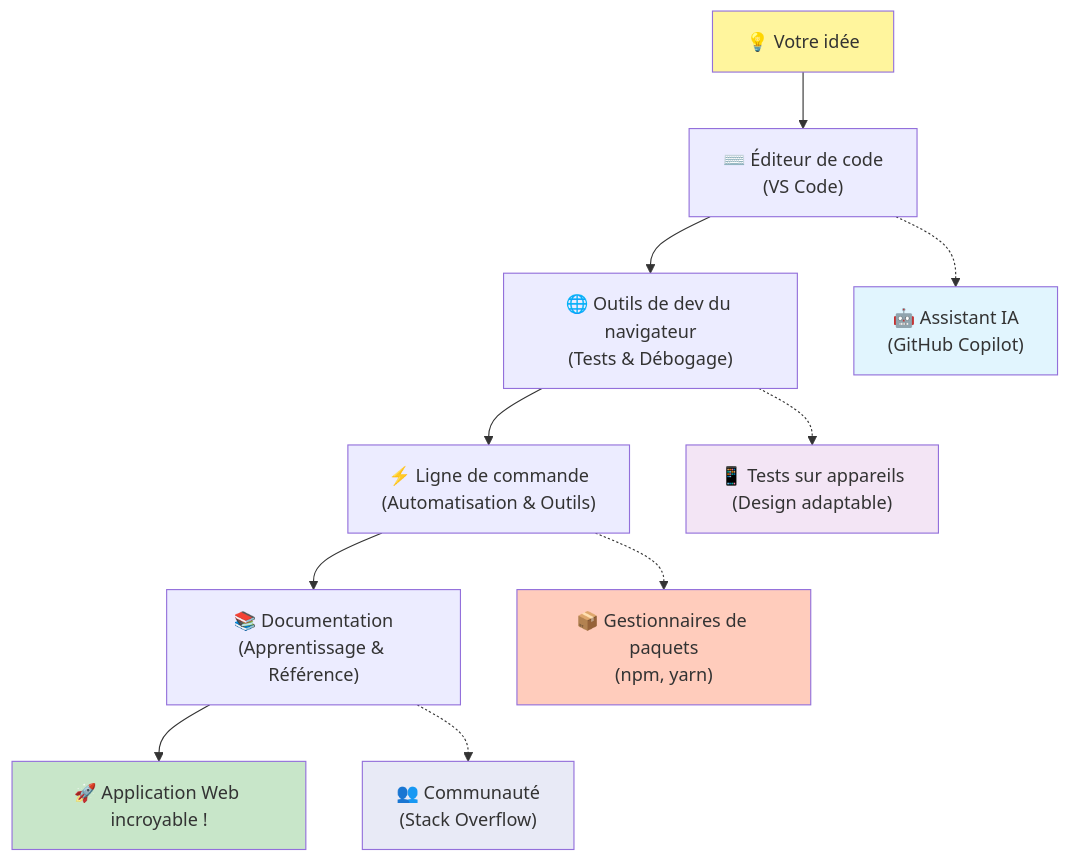
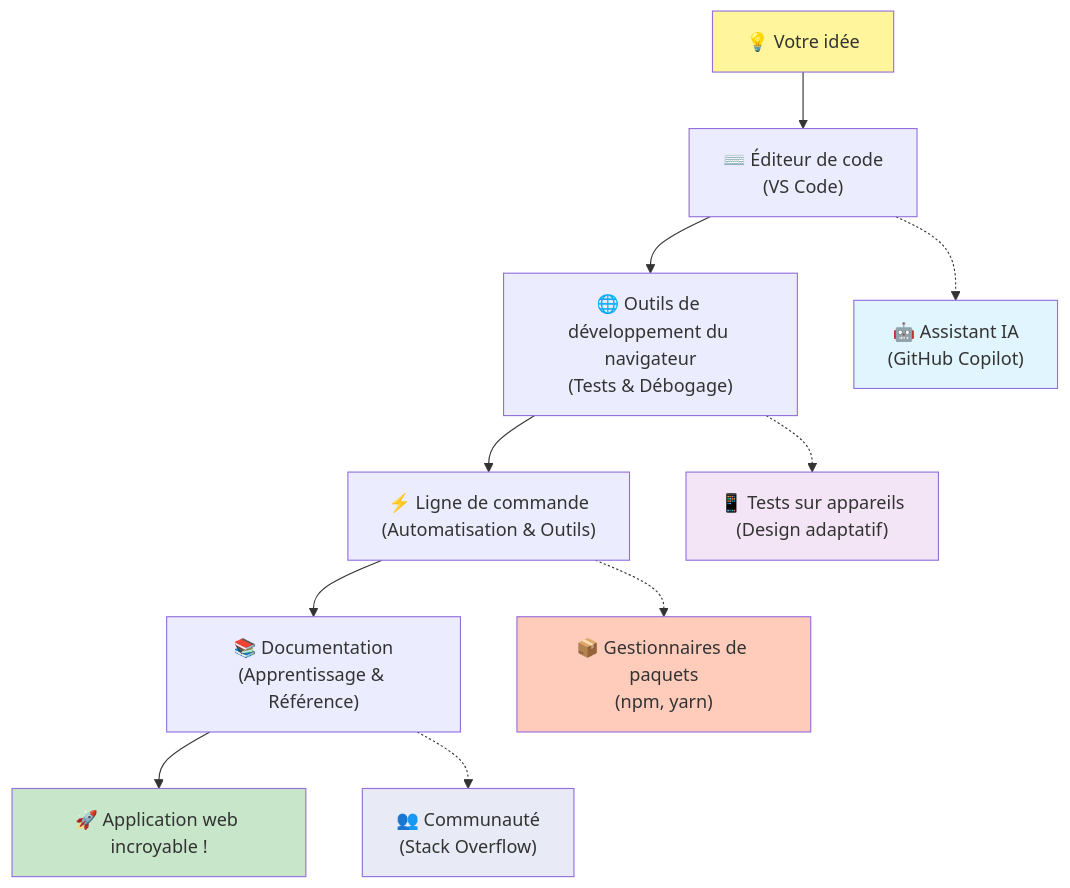
One commit to microsoft/Web-Dev-For-Beginners changed the fifth of 7 diagrams in translations/fr/1-getting-started-lessons/1-intro-to-programming-languages/README.md. Above: the diagram before and after it, drawn with Mermaid. The commit also changed other lines of this file and 8 other files, not shown here.

````diff
--- a/translations/fr/1-getting-started-lessons/1-intro-to-programming-languages/README.md
+++ b/translations/fr/1-getting-started-lessons/1-intro-to-programming-languages/README.md
@@ -486,20 +488,20 @@
 ```mermaid
 graph TD
     A["💡 Votre idée"] --> B["⌨️ Éditeur de code<br/>(VS Code)"] 
-    B --> C["🌐 Outils de dev du navigateur<br/>(Tests & Débogage)"]
+    B --> C["🌐 Outils de développement du navigateur<br/>(Tests & Débogage)"]
     C --> D["⚡ Ligne de commande<br/>(Automatisation & Outils)"]
     D --> E["📚 Documentation<br/>(Apprentissage & Référence)"]
-    E --> F["🚀 Application Web incroyable !"]
+    E --> F["🚀 Application web incroyable !"]
     
     B -.-> G["🤖 Assistant IA<br/>(GitHub Copilot)"]
-    C -.-> H["📱 Tests sur appareils<br/>(Design adaptable)"]
+    C -.-> H["📱 Tests sur appareils<br/>(Design adaptatif)"]
     D -.-> I["📦 Gestionnaires de paquets<br/>(npm, yarn)"]
     E -.-> J["👥 Communauté<br/>(Stack Overflow)"]
     
     style A fill:#fff59d
     style F fill:#c8e6c9
     style G fill:#e1f5fe
     style H fill:#f3e5f5
     style I fill:#ffccbc
     style J fill:#e8eaf6
 ```
````
